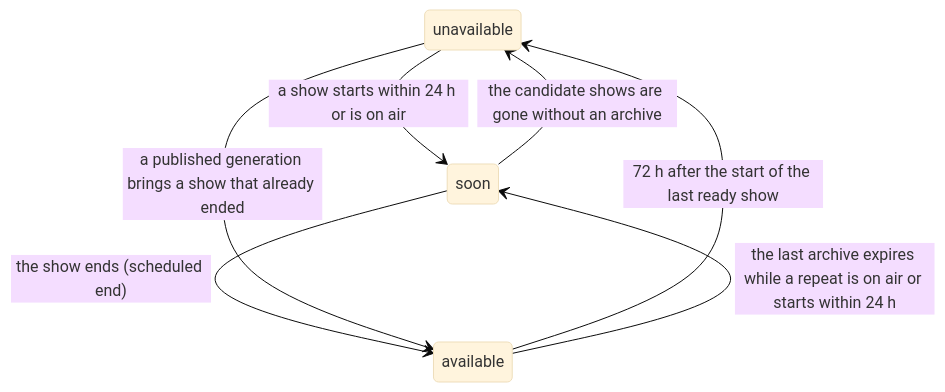
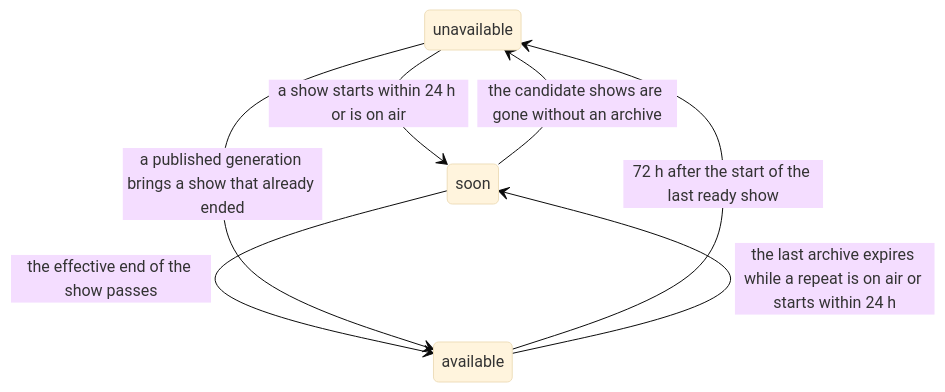
One commit to vladimino/iptv-watchlist changed the second of 2 diagrams in docs/architecture/epg-and-availability.md. Above: the diagram before and after it, drawn with Mermaid (base theme). The commit also changed other lines of this file and 19 other files, not shown here.

First line of the commit message:
AIR-433: owner decisions: effective end from the film runtime, one lifecycle for availability, availableNow, availableUntil and shows[].status

````diff
--- a/docs/architecture/epg-and-availability.md
+++ b/docs/architecture/epg-and-availability.md
@@ -32,9 +32,9 @@
 ```mermaid
 stateDiagram-v2
     unavailable --> soon: a show starts within 24 h or is on air
-    soon --> available: the show ends (scheduled end)
+    soon --> available: the effective end of the show passes
     soon --> unavailable: the candidate shows are gone without an archive
     available --> unavailable: 72 h after the start of the last ready show
     available --> soon: the last archive expires while a repeat is on air or starts within 24 h
     unavailable --> available: a published generation brings a show that already ended
 ```
````
